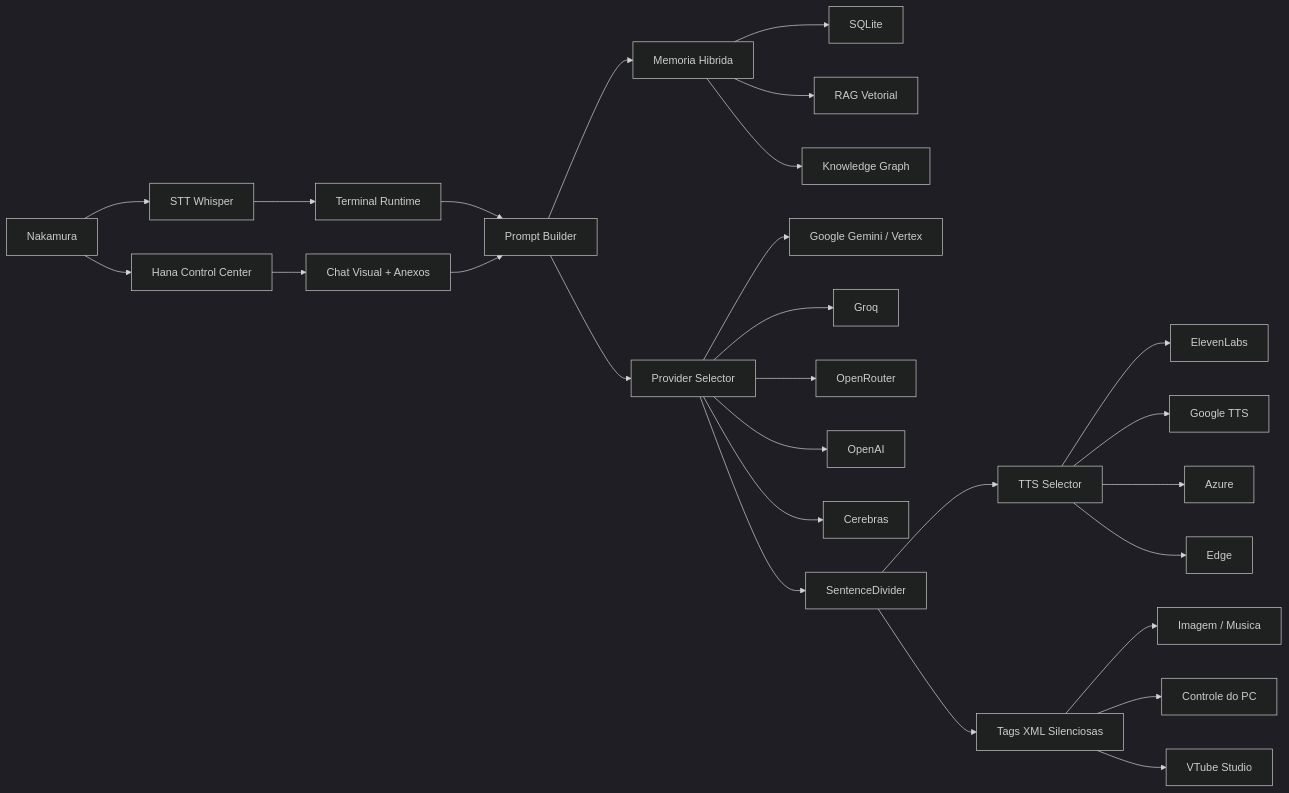
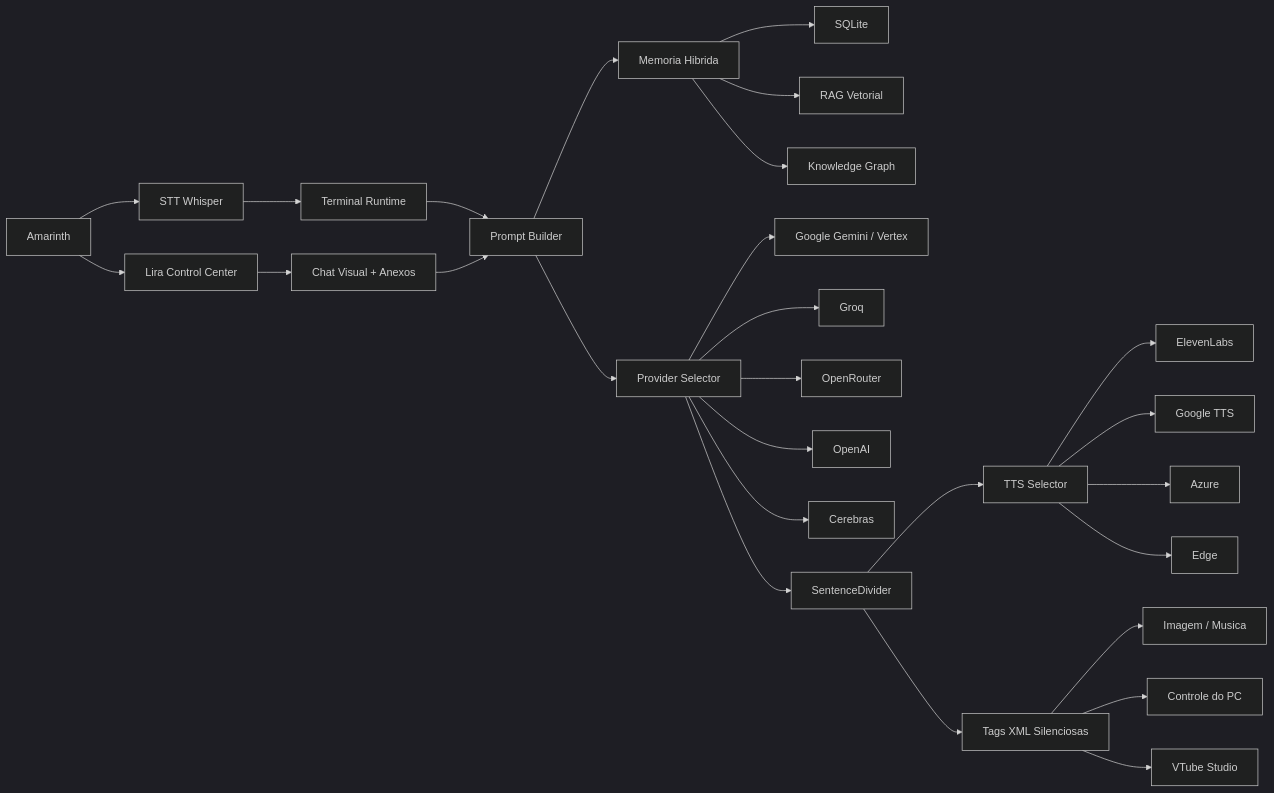
The second of 2 diagrams in README.md (Rukafuu/LiraVtuber), drawn with Mermaid (dark theme) before and after one commit. The commit also changed other lines of this file and 176 other files, not shown here.

Commit message:
chore: complete rebrand to Amarinth Lira, add React UI and i18n support

````diff
--- a/README.md
+++ b/README.md
@@ -99,33 +330,33 @@
 ```mermaid
 flowchart LR
-    User["Nakamura"] --> STT["STT Whisper"]
+    User["Amarinth"] --> STT["STT Whisper"]
     STT --> Runtime["Terminal Runtime"]
-    User --> GUI["Hana Control Center"]
+    User --> GUI["Lira Control Center"]
     GUI --> Chat["Chat Visual + Anexos"]
 
     Runtime --> Prompt["Prompt Builder"]
     Chat --> Prompt
     Prompt --> Memory["Memoria Hibrida"]
     Memory --> SQLite["SQLite"]
     Memory --> RAG["RAG Vetorial"]
     Memory --> Graph["Knowledge Graph"]
 
     Prompt --> LLM["Provider Selector"]
     LLM --> Google["Google Gemini / Vertex"]
     LLM --> Groq["Groq"]
     LLM --> OpenRouter["OpenRouter"]
     LLM --> OpenAI["OpenAI"]
     LLM --> Cerebras["Cerebras"]
 
     LLM --> Divider["SentenceDivider"]
     Divider --> TTS["TTS Selector"]
     TTS --> Eleven["ElevenLabs"]
     TTS --> GoogleTTS["Google TTS"]
     TTS --> Azure["Azure"]
     TTS --> Edge["Edge"]
 
     Divider --> XML["Tags XML Silenciosas"]
     XML --> Media["Imagem / Musica"]
     XML --> PC["Controle do PC"]
     XML --> VTS["VTube Studio"]
 ```
````
